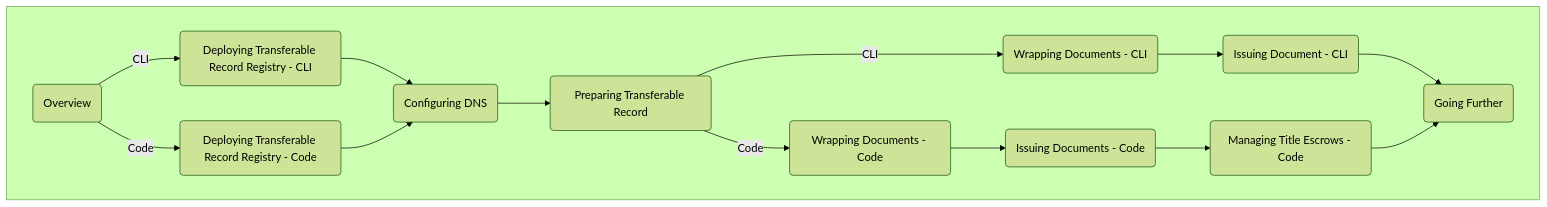
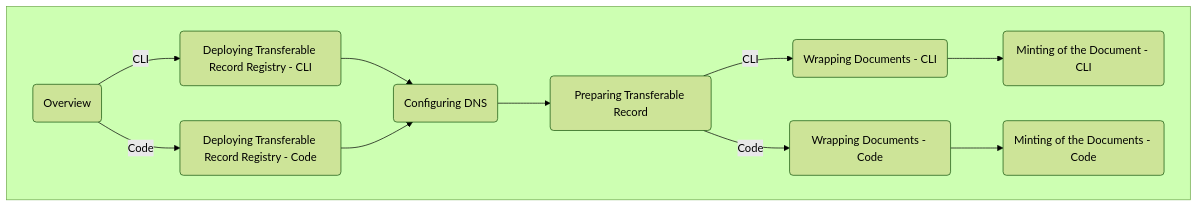
One commit to TradeTrust/documentation changed the diagram in docs/tutorial/transferable-records/flow.mdx. Above: the diagram before and after it, drawn with Mermaid (forest theme). The commit also changed 23 other files, not shown here.

Commit message:
fix: update transferable records

````diff
--- a/docs/tutorial/transferable-records/flow.mdx
+++ b/docs/tutorial/transferable-records/flow.mdx
@@ -1,31 +1,27 @@
 ```mermaid
 graph TD;
 subgraph Z[" "]
 direction LR
 
     A(Overview) -- CLI --> B(Deploying Transferable Record Registry - CLI);
     A -- Code --> C(Deploying Transferable Record Registry - Code);
     B --> D(Configuring DNS);
     C --> D;
     D --> E(Preparing Transferable Record);
     E -- CLI --> F(Wrapping Documents - CLI);
     E -- Code --> G(Wrapping Documents - Code);
-    F(Wrapping Documents - CLI) --> H(Issuing Document - CLI);
-    G(Wrapping Documents - Code) --> I(Issuing Documents - Code);
-    I --> J(Managing Title Escrows - Code);
-    H --> K(Going Further);
-    J --> K;
+    F(Wrapping Documents - CLI) --> H(Minting of the Document - CLI);
+    G(Wrapping Documents - Code) --> I(Minting of the Documents - Code);
+
 
     click A href "/docs/tutorial/transferable-records/overview"
     click B href "/docs/tutorial/transferable-records/token-registry/token-registry-cli"
     click C href "/docs/tutorial/transferable-records/token-registry/token-registry-code"
     click D href "/docs/tutorial/transferable-records/dns"
     click E href "/docs/tutorial/transferable-records/raw-document"
     click F href "/docs/tutorial/transferable-records/wrapping-document/wrapping-document-cli"
     click G href "/docs/tutorial/transferable-records/wrapping-document/wrapping-document-code"
     click H href "/docs/tutorial/transferable-records/issuing-document/issuing-document-cli"
     click I href "/docs/tutorial/transferable-records/issuing-document/issuing-document-code"
-    click J href "/docs/tutorial/transferable-records/title-escrow/title-escrow-code"
-    click K href "/docs/tutorial/transferable-records/going-further"
 end
 ```
````
